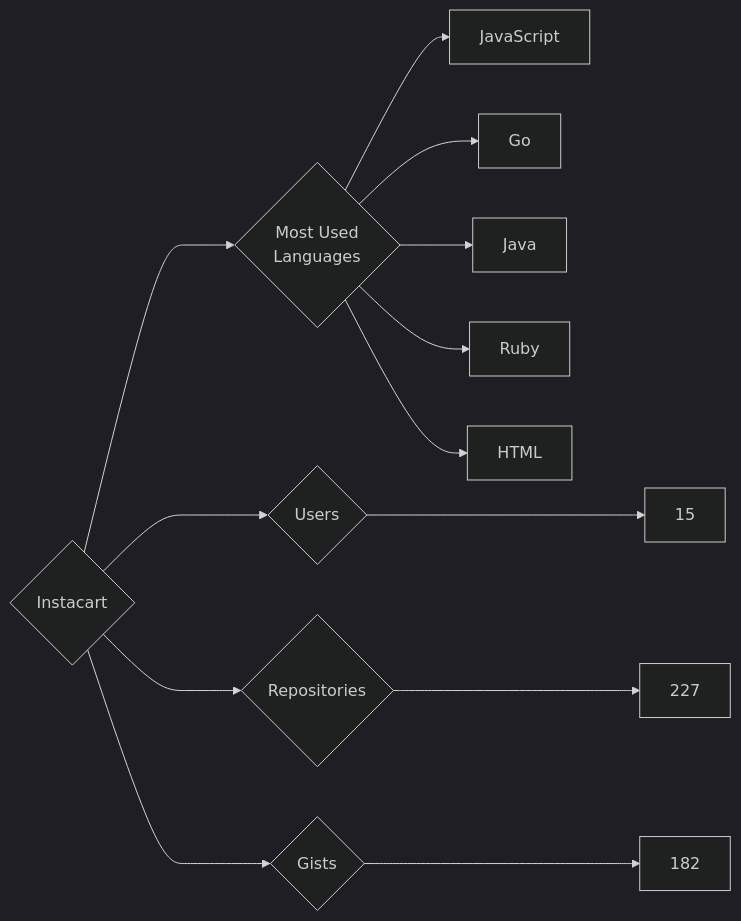
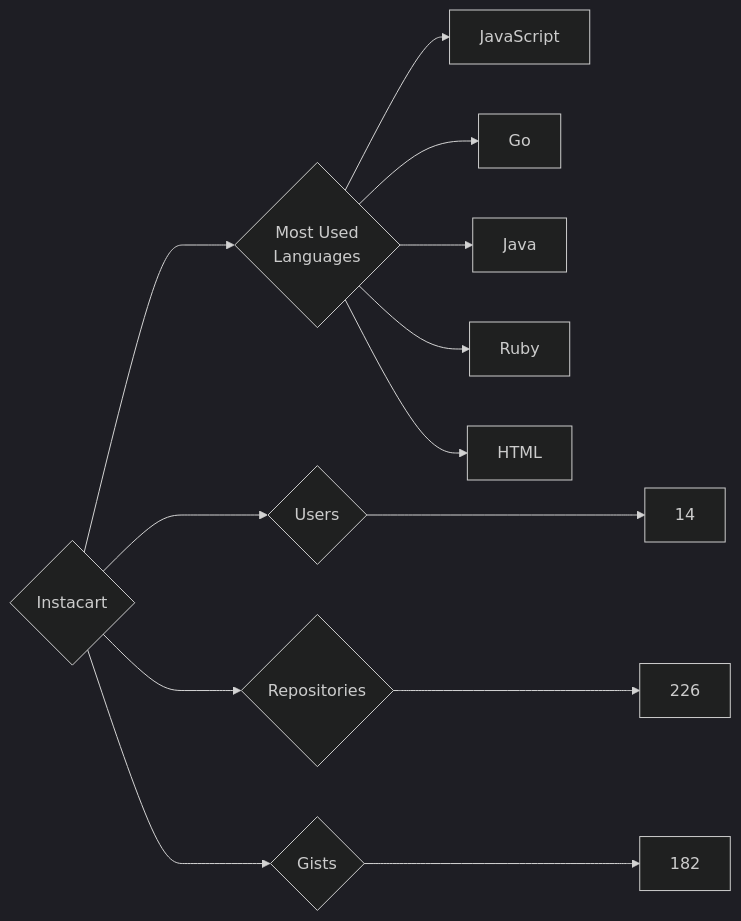
One commit to trickest/insiders changed the diagram in targets/Instacart/README.md. Above: the diagram before and after it, drawn with Mermaid (dark theme). The commit also changed 629 other files, not shown here.

````diff
--- a/targets/Instacart/README.md
+++ b/targets/Instacart/README.md
@@ -3,13 +3,13 @@
 ```mermaid
 graph LR
 COMPANY_NAME{Instacart}
-COMPANY_NAME ---> U{Users} ---> UN[15]
-COMPANY_NAME ---> R{Repositories} ---> RN[227]
+COMPANY_NAME ---> U{Users} ---> UN[14]
+COMPANY_NAME ---> R{Repositories} ---> RN[226]
 COMPANY_NAME ---> G{Gists} ---> GN[182]
 COMPANY_NAME ---> ML{Most Used<br>Languages}
 ML --> JavaScript[JavaScript]
 ML --> Go[Go]
 ML --> Java[Java]
 ML --> Ruby[Ruby]
 ML --> HTML[HTML]
 ```
````
